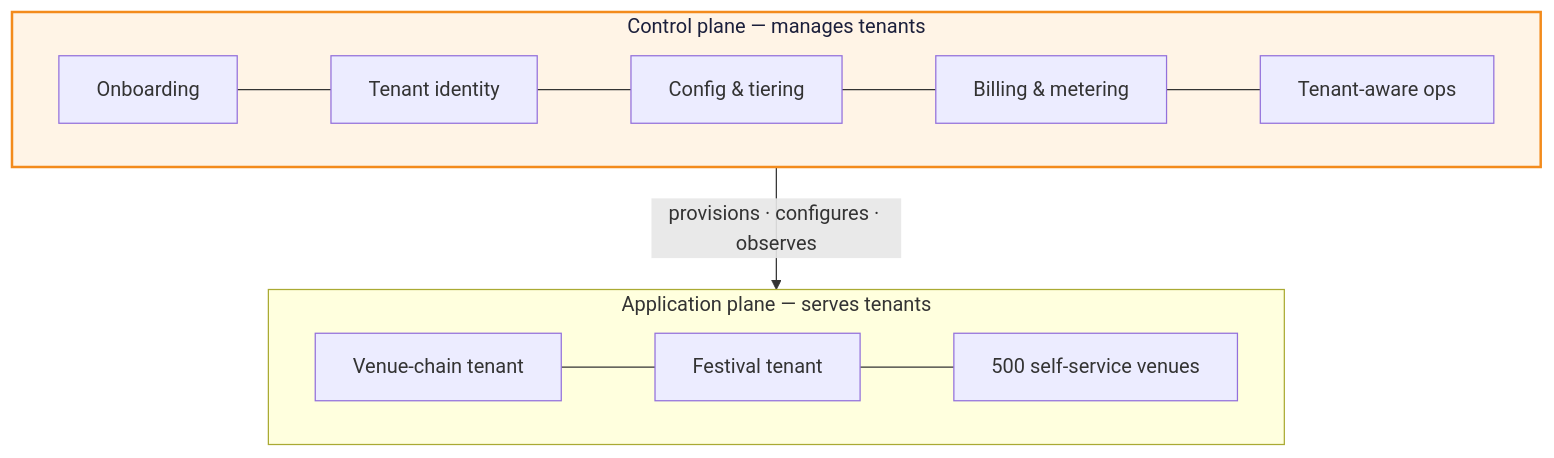
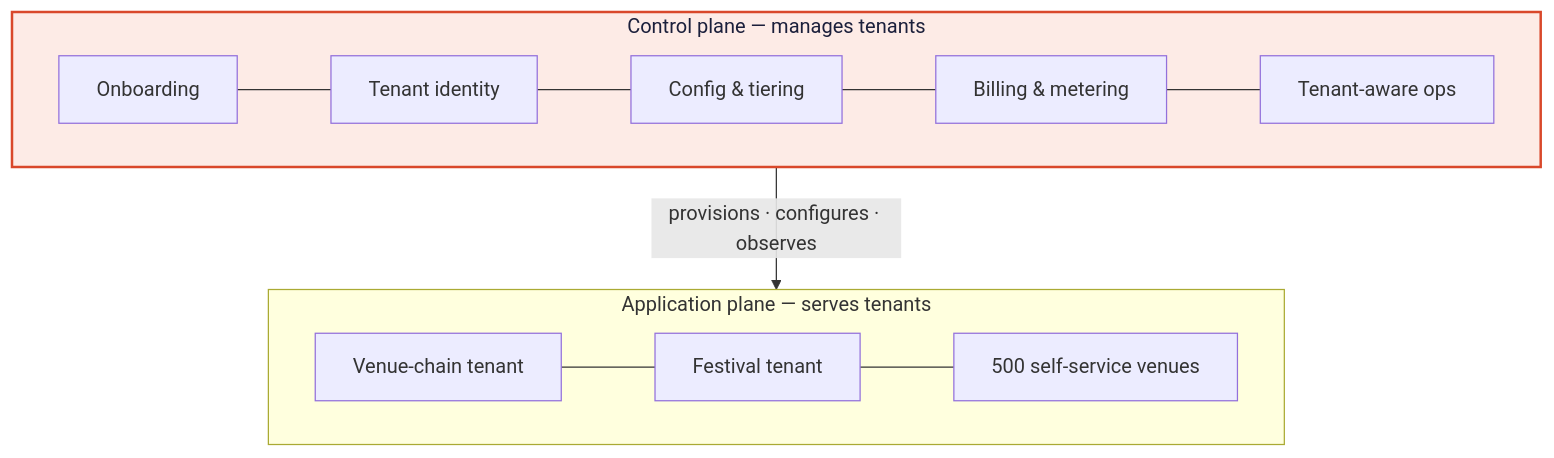
One commit to oleksiyp/arch-book changed diagram 22 of 23 in README.md. Above: the diagram before and after it, drawn with Mermaid. The commit also changed other lines of this file and 18 other files, not shown here.

```diff
--- a/README.md
+++ b/README.md
@@ -2283,12 +2283,12 @@
 <pre class="mermaid">
 flowchart TB
     subgraph cp["Control plane — manages tenants"]
         onb["Onboarding"] --- idm["Tenant identity"] --- cfg["Config & tiering"] --- bil["Billing & metering"] --- ops["Tenant-aware ops"]
     end
     subgraph ap["Application plane — serves tenants"]
         t1["Venue-chain tenant"] --- t2["Festival tenant"] --- t3["500 self-service venues"]
     end
     cp -- "provisions · configures · observes" --> ap
-    classDef plane fill:#fff4e6,stroke:#f38b1c,stroke-width:2px,color:#1b1f3b
+    classDef plane fill:#fdebe6,stroke:#d9482b,stroke-width:2px,color:#1b1f3b
     class cp plane
 </pre>
```
